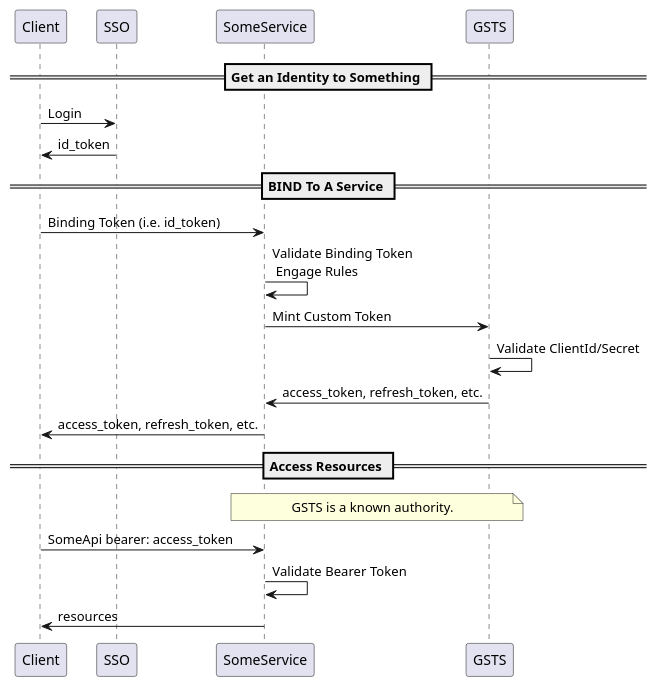
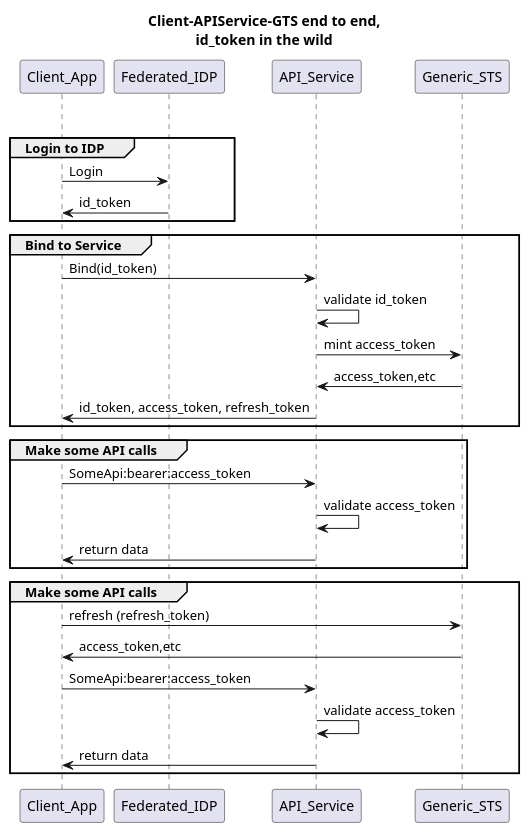
Before and after one commit to ghstahl/Generic-Security-Token-Service: the diagram in docs/binding-sequence.plantuml, drawn with PlantUML.

```diff
--- a/docs/binding-sequence.plantuml
+++ b/docs/binding-sequence.plantuml
@@ -1,23 +1,31 @@
 @startuml
 
+title Client-APIService-GTS end to end,\nid_token in the wild
 
-== Get an Identity to Something ==
-Client -> SSO: Login
-Client <- SSO: id_token
- 
-== BIND To A Service ==
-Client -> SomeService: Binding Token (i.e. id_token)
-SomeService -> SomeService: Validate Binding Token\n Engage Rules
-SomeService -> GSTS: Mint Custom Token
-GSTS -> GSTS: Validate ClientId/Secret
-GSTS -> SomeService: access_token, refresh_token, etc.
-Client <- SomeService: access_token, refresh_token, etc.
+group Login/Bind Securely
 
-== Access Resources ==
-note over SomeService,GSTS: GSTS is a known authority.
-Client -> SomeService: SomeApi bearer: access_token
-SomeService -> SomeService: Validate Bearer Token
-Client <- SomeService: resources
- 
+group Login to IDP
+Client_App -> Federated_IDP:Login
+Client_App <- Federated_IDP:id_token
+end
+group Bind to Service
+Client_App -> API_Service:Bind(id_token)
+API_Service -> API_Service: validate id_token
+API_Service -> Generic_STS: mint access_token
+API_Service <- Generic_STS: access_token,etc
+Client_App <- API_Service:id_token, access_token, refresh_token
+end
 
+group Make some API calls
+Client_App -> API_Service:SomeApi:bearer:access_token
+API_Service -> API_Service: validate access_token
+Client_App <- API_Service: return data 
+end
+group Make some API calls
+Client_App -> Generic_STS:refresh (refresh_token)
+Client_App <- Generic_STS: access_token,etc
+Client_App -> API_Service:SomeApi:bearer:access_token
+API_Service -> API_Service: validate access_token
+Client_App <- API_Service: return data
+end
 @enduml
```
